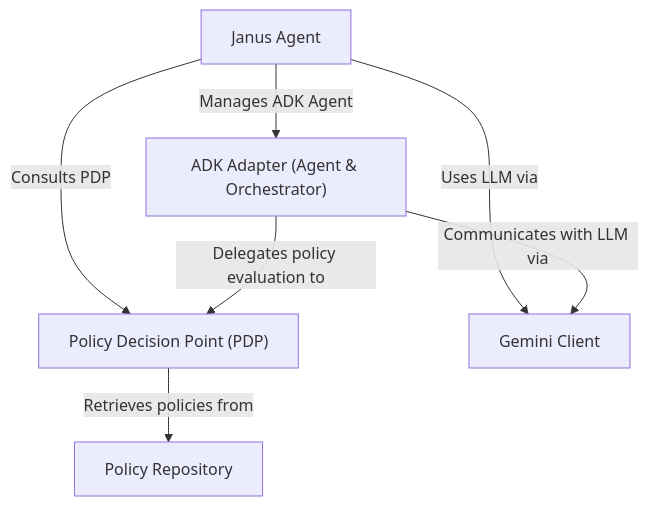
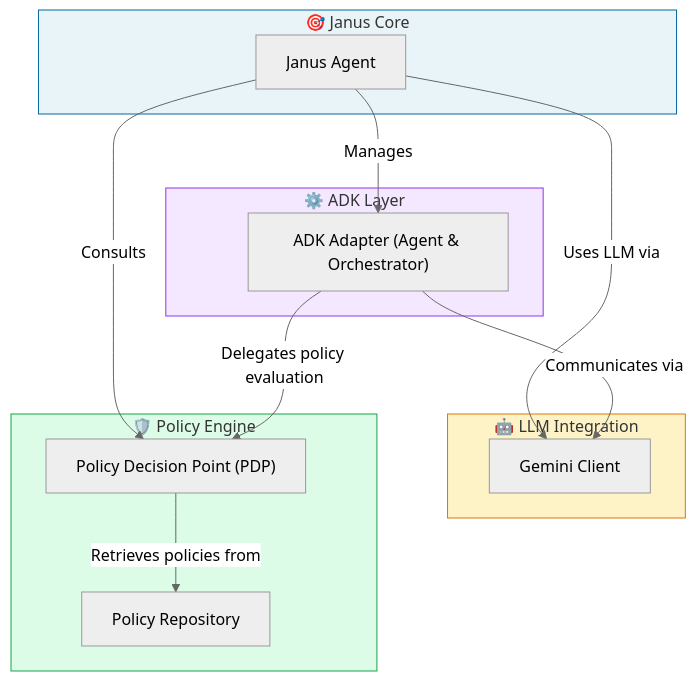
The diagram in docs/overview.md (Ortimus/janus-adk), drawn with Mermaid before and after one commit. The commit also changed other lines of this file and 1 other file, not shown here.

Commit message:
Fixed doc reference links

````diff
--- a/docs/overview.md
+++ b/docs/overview.md
@@ -8,19 +8,32 @@
 ```mermaid
+%%{init: {'theme': 'neutral'}}%%
 flowchart TD
-    A0["Policy Decision Point (PDP)
-"]
-    A1["Policy Repository
-"]
-    A2["Janus Agent
-"]
-    A3["Gemini Client
-"]
-    A4["ADK Adapter (Agent & Orchestrator)
-"]
-    A2 -- "Consults PDP" --> A0
+    subgraph core["🎯 Janus Core"]
+        A2["Janus Agent"]
+    end
+
+    subgraph llm["🤖 LLM Integration"]
+        A3["Gemini Client"]
+    end
+
+    subgraph policy["🛡️ Policy Engine"]
+        A0["Policy Decision Point (PDP)"]
+        A1["Policy Repository"]
+    end
+
+    subgraph adk["⚙️ ADK Layer"]
+        A4["ADK Adapter (Agent & Orchestrator)"]
+    end
+
+    A2 -- "Consults" --> A0
     A2 -- "Uses LLM via" --> A3
-    A2 -- "Manages ADK Agent" --> A4
+    A2 -- "Manages" --> A4
     A0 -- "Retrieves policies from" --> A1
-    A4 -- "Delegates policy evaluation to" --> A0
-    A4 -- "Communicates with LLM via" --> A3
+    A4 -- "Delegates policy evaluation" --> A0
+    A4 -- "Communicates via" --> A3
+
+    style core fill:#e8f4f8,stroke:#0369a1
+    style llm fill:#fef3c7,stroke:#d97706
+    style policy fill:#dcfce7,stroke:#16a34a
+    style adk fill:#f3e8ff,stroke:#9333ea
 ```
````
